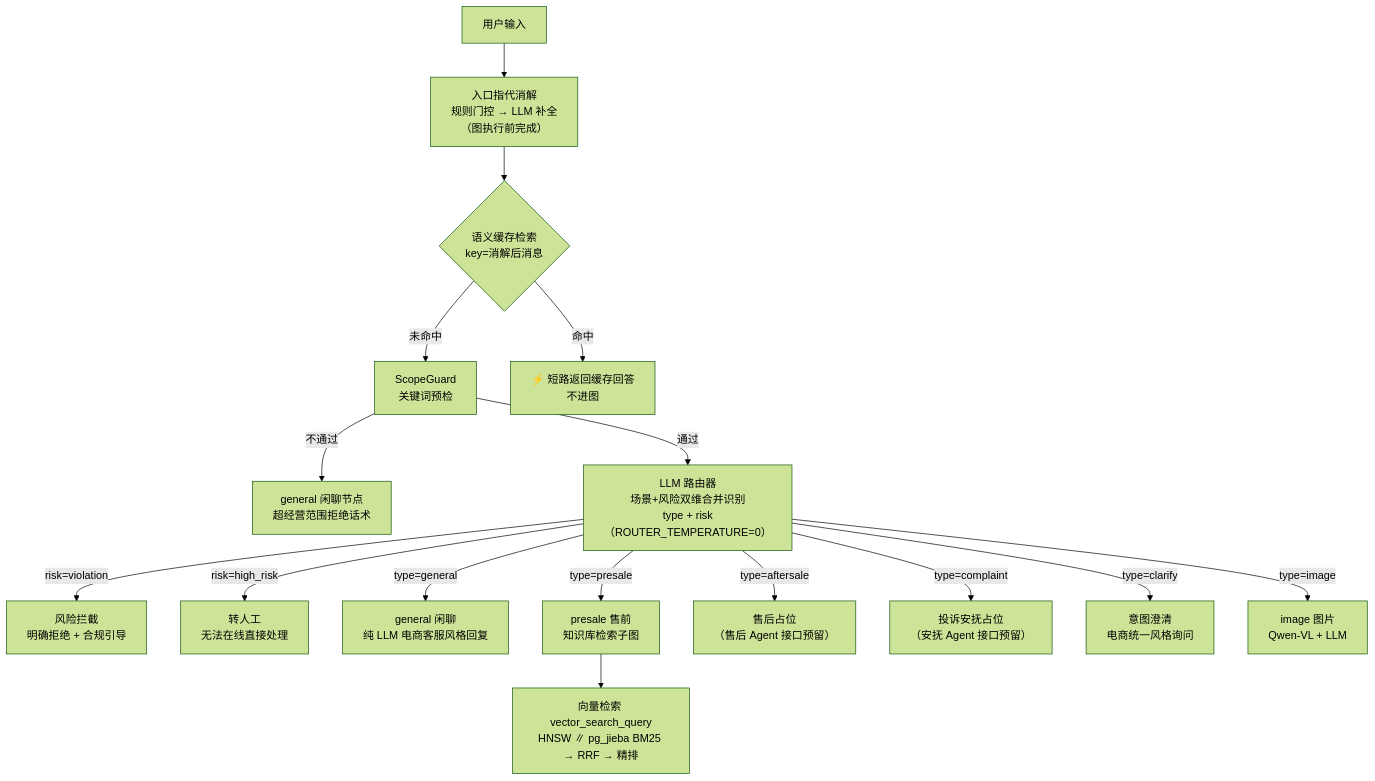
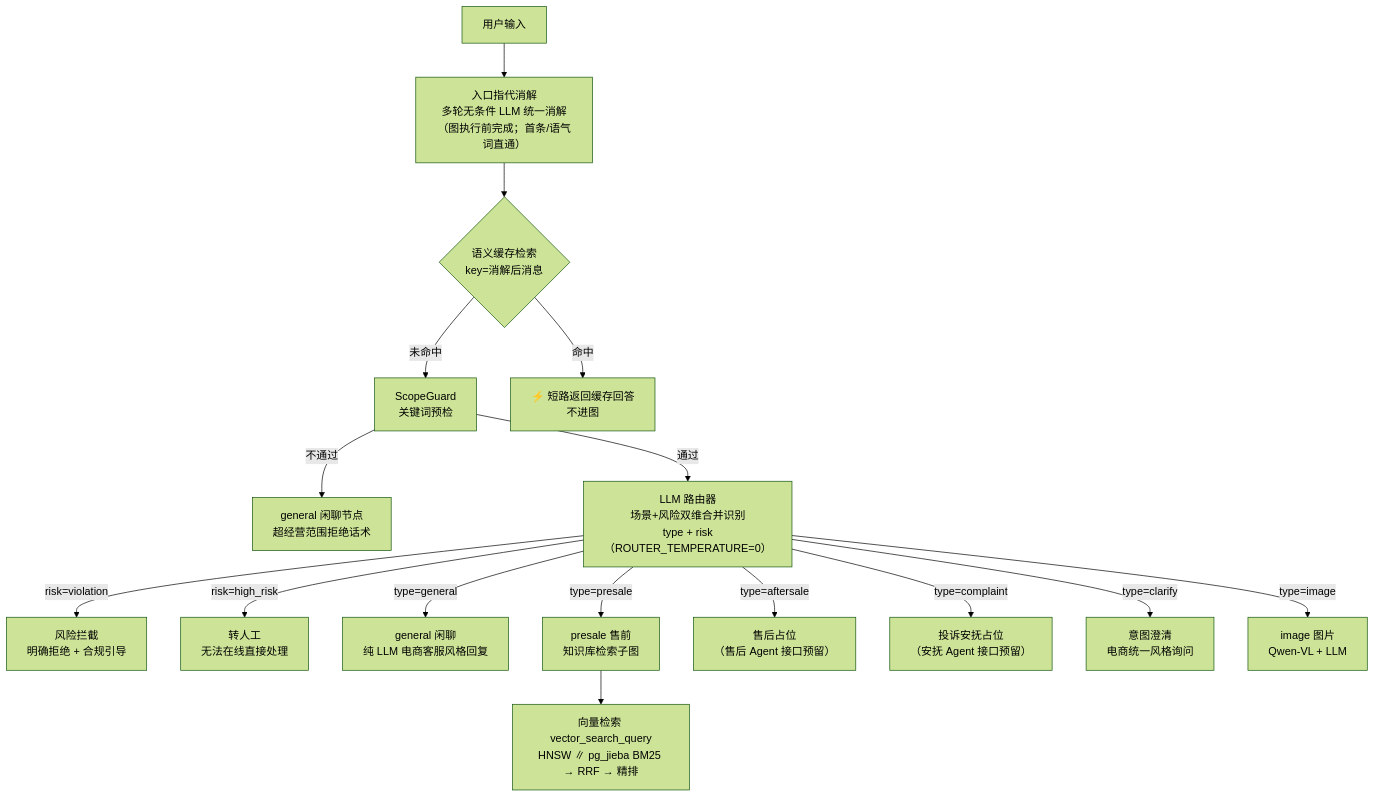
Diagram 28 of 36 in docs/PROJECT_ANALYSIS.md (blowt16/SmartCS-Agent), drawn with Mermaid (forest theme) before and after one commit. The commit also changed other lines of this file, not shown here.

First line of the commit message:
[docs] PROJECT_ANALYSIS 2026-09-18 实测同步：入口指代消解改为多轮无条件 LLM 统一消解

````diff
--- a/docs/PROJECT_ANALYSIS.md
+++ b/docs/PROJECT_ANALYSIS.md
@@ -825,24 +850,24 @@
 ```mermaid
 flowchart TD
     Q["用户输入"]
-    RESOLVE["入口指代消解<br/>规则门控 → LLM 补全<br/>（图执行前完成）"]
+    RESOLVE["入口指代消解<br/>多轮无条件 LLM 统一消解<br/>（图执行前完成；首条/语气词直通）"]
     CACHE{"语义缓存检索<br/>key=消解后消息"}
     SG["ScopeGuard<br/>关键词预检"]
     Q --> RESOLVE
     RESOLVE --> CACHE
     CACHE -->|"命中"| SHORT["⚡ 短路返回缓存回答<br/>不进图"]
     CACHE -->|"未命中"| SG
     SG -->|"不通过"| GEN["general 闲聊节点<br/>超经营范围拒绝话术"]
     SG -->|"通过"| ROUTER["LLM 路由器<br/>场景+风险双维合并识别<br/>type + risk<br/>（ROUTER_TEMPERATURE=0）"]
 
     ROUTER -->|"risk=violation"| RISK["风险拦截<br/>明确拒绝 + 合规引导"]
     ROUTER -->|"risk=high_risk"| TRANS["转人工<br/>无法在线直接处理"]
     ROUTER -->|"type=general"| GEN2["general 闲聊<br/>纯 LLM 电商客服风格回复"]
     ROUTER -->|"type=presale"| KG["presale 售前<br/>知识库检索子图"]
     ROUTER -->|"type=aftersale"| PLACE["售后占位<br/>（售后 Agent 接口预留）"]
     ROUTER -->|"type=complaint"| PLACE2["投诉安抚占位<br/>（安抚 Agent 接口预留）"]
     ROUTER -->|"type=clarify"| CLARIFY["意图澄清<br/>电商统一风格询问"]
     ROUTER -->|"type=image"| IMG["image 图片<br/>Qwen-VL + LLM"]
 
     KG --> GRAG["向量检索 vector_search_query<br/>HNSW ∥ pg_jieba BM25 → RRF → 精排"]
 ```
````
